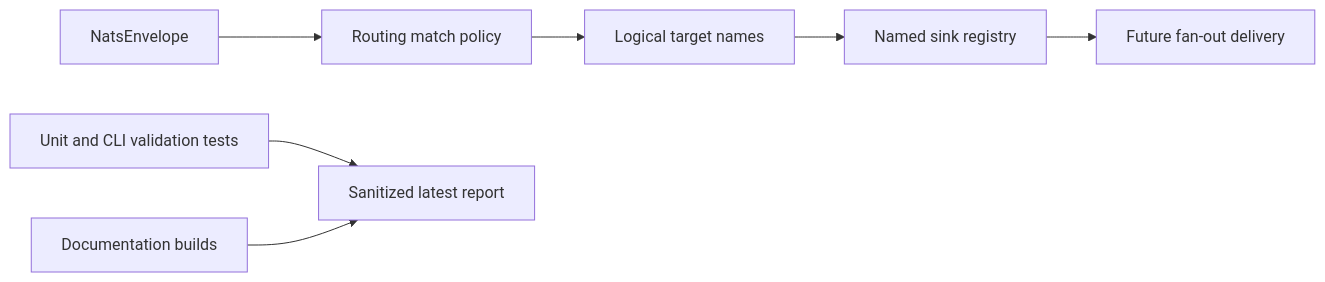
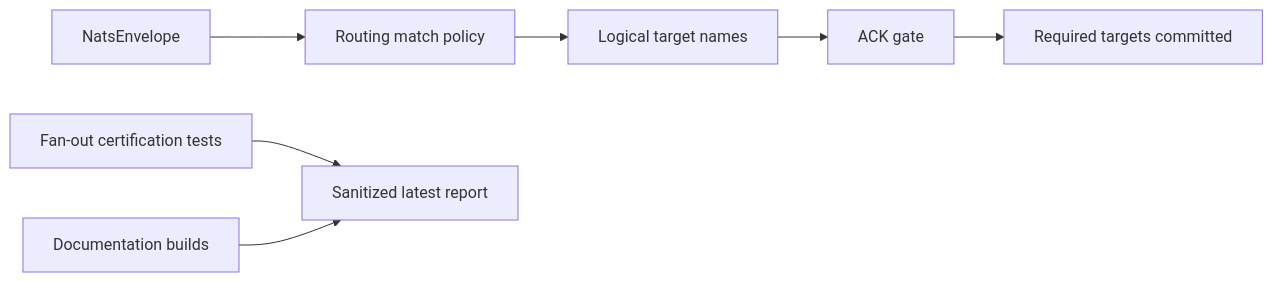
The diagram in docs/test-report.md (ProjectCuillin/nats-sinks), drawn with Mermaid before and after one commit. The commit also changed other lines of this file and 15 other files, not shown here.

Commit message:
Add fanout certification tests

````diff
--- a/docs/test-report.md
+++ b/docs/test-report.md
@@ -32,9 +32,9 @@
 ```mermaid
 flowchart LR
     Env[NatsEnvelope] --> Policy[Routing match policy]
     Policy --> Targets[Logical target names]
-    Targets --> Registry[Named sink registry]
-    Registry --> Future[Future fan-out delivery]
-    Tests[Unit and CLI validation tests] --> Report[Sanitized latest report]
+    Targets --> AckGate[ACK gate]
+    AckGate --> Commit[Required targets committed]
+    Tests[Fan-out certification tests] --> Report[Sanitized latest report]
     Docs[Documentation builds] --> Report
 ```
````
